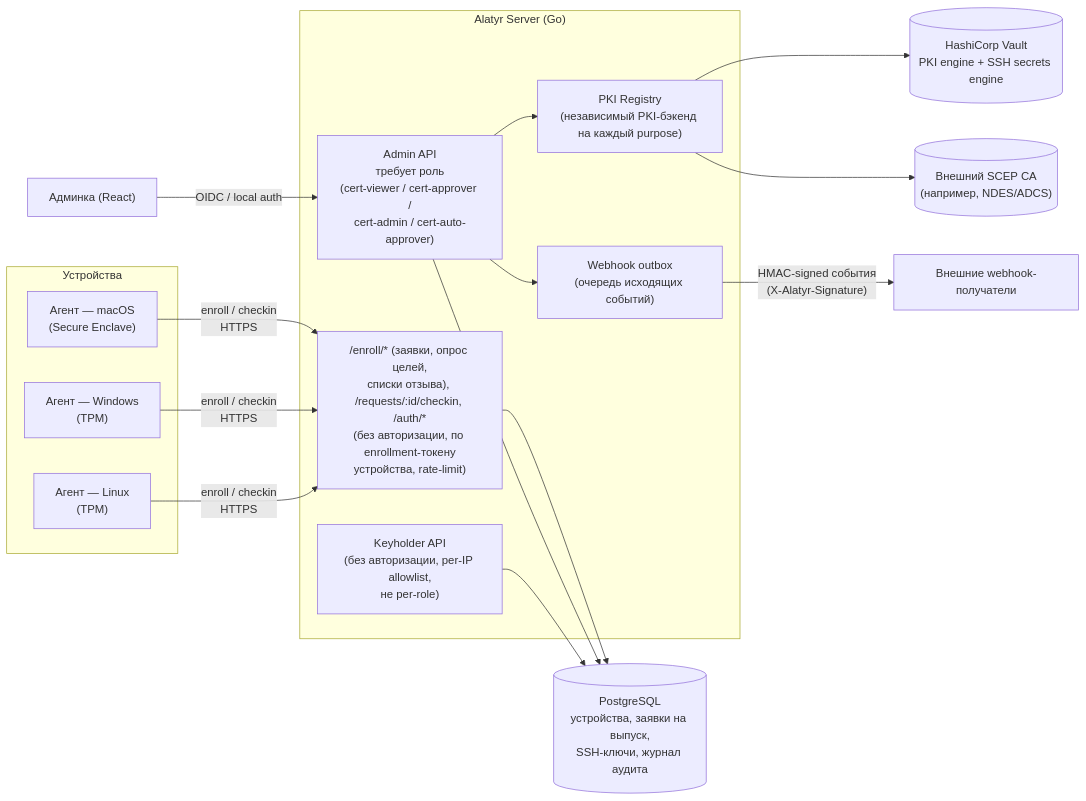
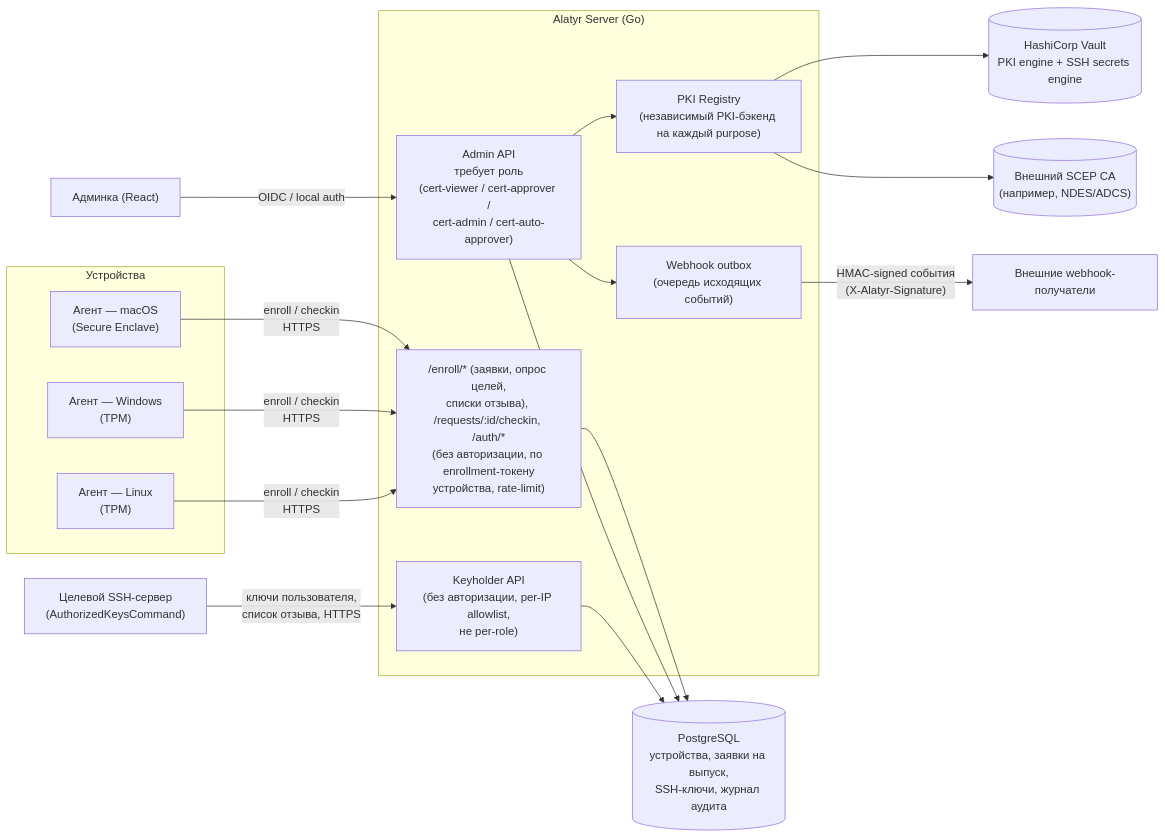
The first of 2 diagrams in docs/architecture.md (s3m4rgl/alatyr-docs), drawn with Mermaid before and after one commit. The commit also changed 1 other file, not shown here.

Commit message:
docs: схемы — входящая стрелка целевого SSH-сервера к Keyholder API, шаг 2а на ребре агент↔сервер в ad_logon

````diff
--- a/docs/architecture.md
+++ b/docs/architecture.md
@@ -17,35 +17,36 @@
 ```mermaid
 flowchart LR
     subgraph Devices["Устройства"]
         AgentMac["Агент — macOS<br/>(Secure Enclave)"]
         AgentWin["Агент — Windows<br/>(TPM)"]
         AgentLinux["Агент — Linux<br/>(TPM)"]
     end
 
     Admin["Админка (React)"]
 
     subgraph Server["Alatyr Server (Go)"]
         Unauth["/enroll/* (заявки, опрос целей,<br/>списки отзыва), /requests/:id/checkin, /auth/*<br/>(без авторизации, по enrollment-токену<br/>устройства, rate-limit)"]
         AdminAPI["Admin API<br/>требует роль<br/>(cert-viewer / cert-approver /<br/>cert-admin / cert-auto-approver)"]
         PKIReg["PKI Registry<br/>(независимый PKI-бэкенд на каждый purpose)"]
         Outbox["Webhook outbox<br/>(очередь исходящих событий)"]
         Keyholder["Keyholder API<br/>(без авторизации, per-IP allowlist,<br/>не per-role)"]
     end
 
     DB[("PostgreSQL<br/>устройства, заявки на выпуск,<br/>SSH-ключи, журнал аудита")]
     Vault[("HashiCorp Vault<br/>PKI engine + SSH secrets engine")]
     SCEPCA[("Внешний SCEP CA<br/>(например, NDES/ADCS)")]
 
     AgentMac -- "enroll / checkin<br/>HTTPS" --> Unauth
     AgentWin -- "enroll / checkin<br/>HTTPS" --> Unauth
     AgentLinux -- "enroll / checkin<br/>HTTPS" --> Unauth
     Admin -- "OIDC / local auth" --> AdminAPI
     Unauth --> DB
     AdminAPI --> DB
     AdminAPI --> PKIReg
     AdminAPI --> Outbox
     PKIReg --> Vault
     PKIReg --> SCEPCA
+    SSHHost["Целевой SSH-сервер<br/>(AuthorizedKeysCommand)"] -- "ключи пользователя,<br/>список отзыва, HTTPS" --> Keyholder
     Keyholder --> DB
     Outbox -- "HMAC-signed события<br/>(X-Alatyr-Signature)" --> ExternalHooks["Внешние webhook-получатели"]
 ```
````
